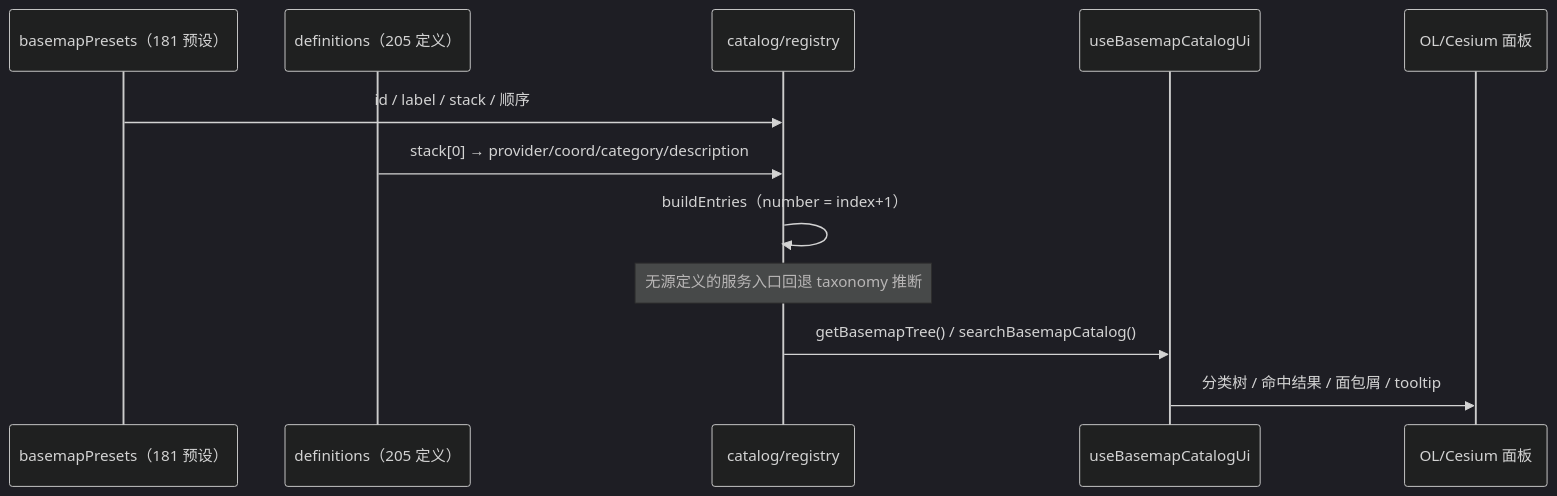
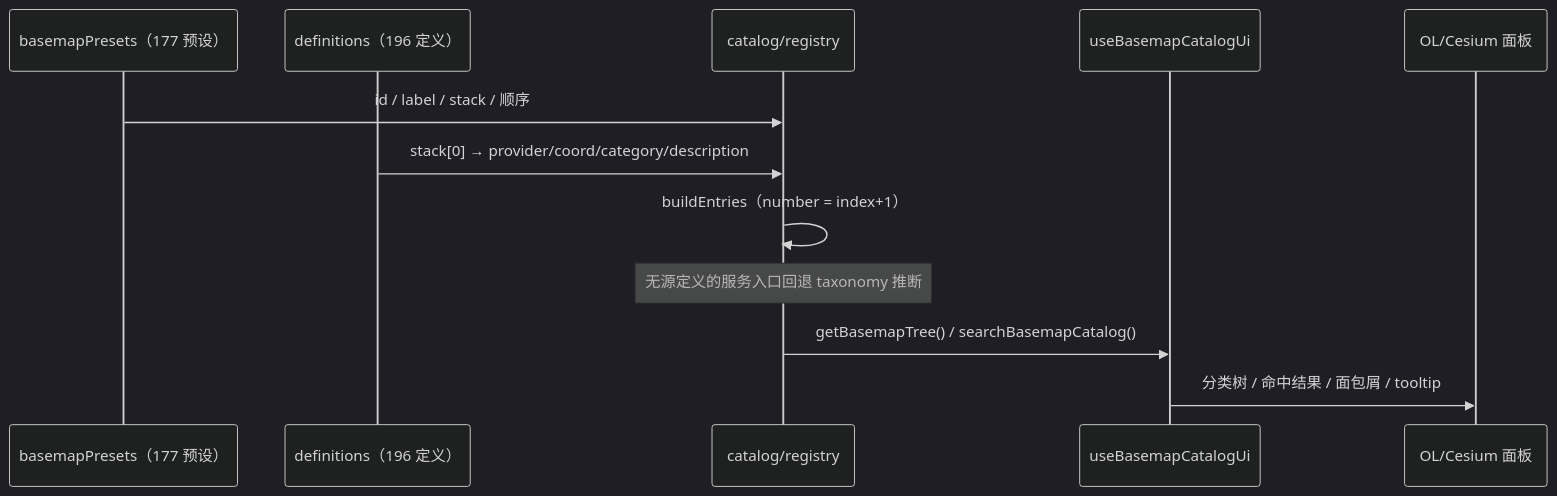
The fourth of 6 diagrams in Docs/Architecture/basemap-catalog-redesign.md (NEGIAO/WebGIS-Dev), drawn with Mermaid (dark theme) before and after one commit. The commit also changed other lines of this file and 54 other files, not shown here.

First line of the commit message:
补充归档常用400+瓦片并补充访问key；涉及影像、电子地图、地形、历史影像、矢量瓦片等资源；底图能力大幅提高；

````diff
--- a/Docs/Architecture/basemap-catalog-redesign.md
+++ b/Docs/Architecture/basemap-catalog-redesign.md
@@ -186,15 +188,15 @@
 ```mermaid
 sequenceDiagram
-    participant P as basemapPresets（181 预设）
-    participant D as definitions（205 定义）
+    participant P as basemapPresets（177 预设）
+    participant D as definitions（196 定义）
     participant R as catalog/registry
     participant U as useBasemapCatalogUi
     participant V as OL/Cesium 面板
 
     P->>R: id / label / stack / 顺序
     D->>R: stack[0] → provider/coord/category/description
     R->>R: buildEntries（number = index+1）
     Note over R: 无源定义的服务入口回退 taxonomy 推断
     R->>U: getBasemapTree() / searchBasemapCatalog()
     U->>V: 分类树 / 命中结果 / 面包屑 / tooltip
 ```
````
